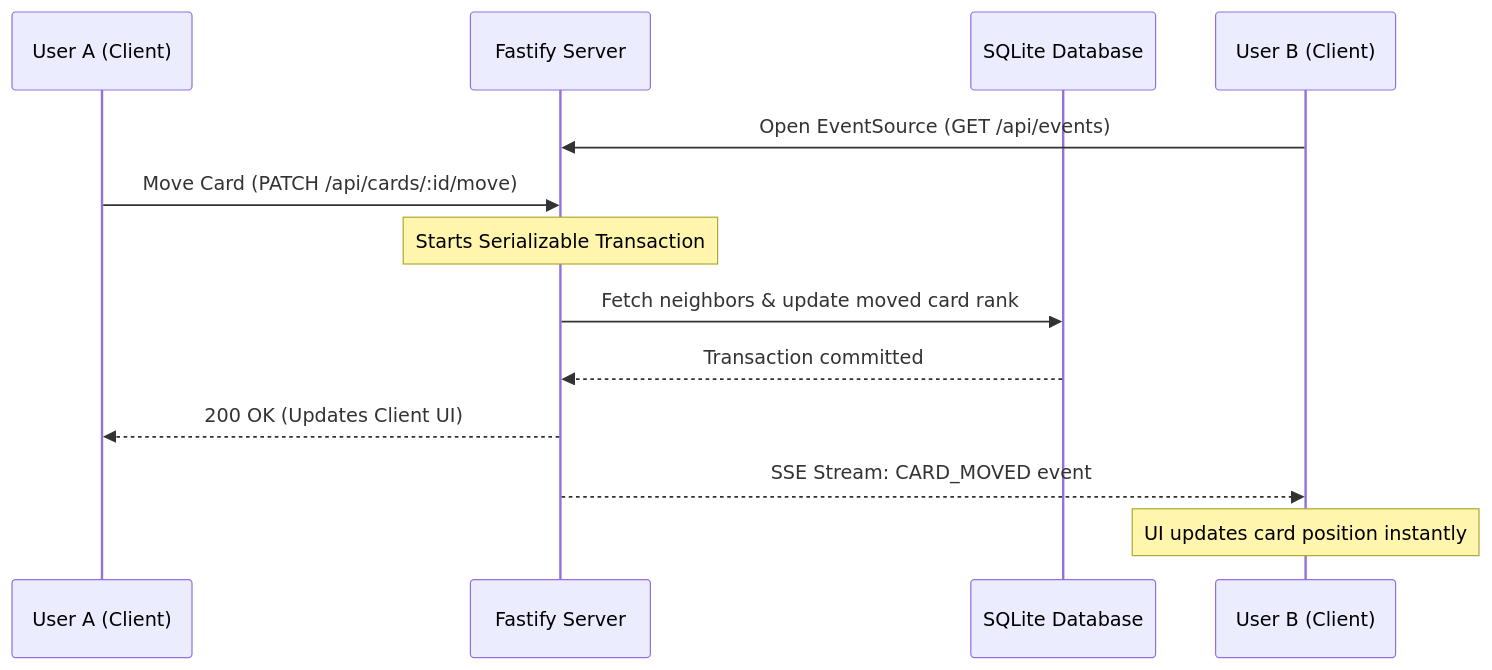
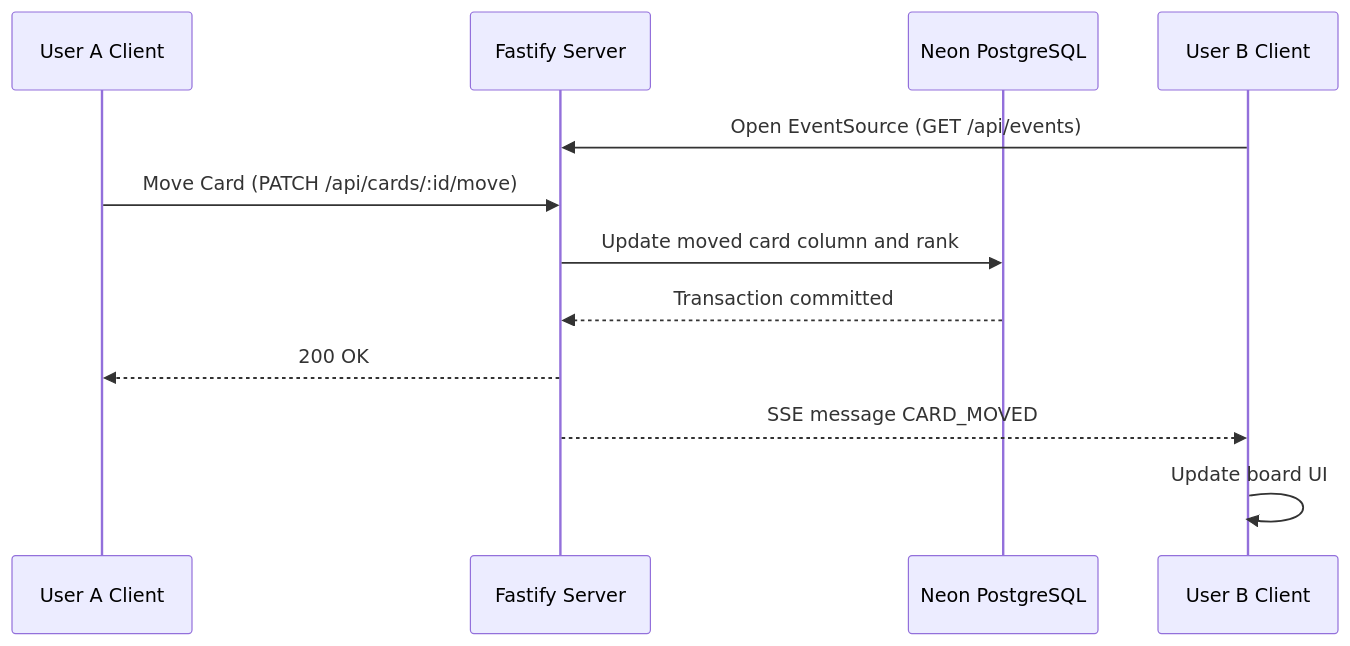
The diagram in README.md (23110572-hash/coboard), drawn with Mermaid before and after one commit. The commit also changed other lines of this file, not shown here.

````diff
--- a/README.md
+++ b/README.md
@@ -54,16 +53,15 @@
 ```mermaid
 sequenceDiagram
-    participant User A (Client)
-    participant Fastify Server
-    participant SQLite Database
-    participant User B (Client)
+    participant UserA as User A Client
+    participant Server as Fastify Server
+    participant Database as Neon PostgreSQL
+    participant UserB as User B Client
 
-    User B (Client)->>Fastify Server: Open EventSource (GET /api/events)
-    User A (Client)->>Fastify Server: Move Card (PATCH /api/cards/:id/move)
-    Note over Fastify Server: Starts Serializable Transaction
-    Fastify Server->>SQLite Database: Fetch neighbors & update moved card rank
-    SQLite Database-->>Fastify Server: Transaction committed
-    Fastify Server-->>User A (Client): 200 OK (Updates Client UI)
-    Fastify Server-->>User B (Client): SSE Stream: CARD_MOVED event
-    Note over User B (Client): UI updates card position instantly
+    UserB->>Server: Open EventSource (GET /api/events)
+    UserA->>Server: Move Card (PATCH /api/cards/:id/move)
+    Server->>Database: Update moved card column and rank
+    Database-->>Server: Transaction committed
+    Server-->>UserA: 200 OK
+    Server-->>UserB: SSE message CARD_MOVED
+    UserB->>UserB: Update board UI
 ```
````
